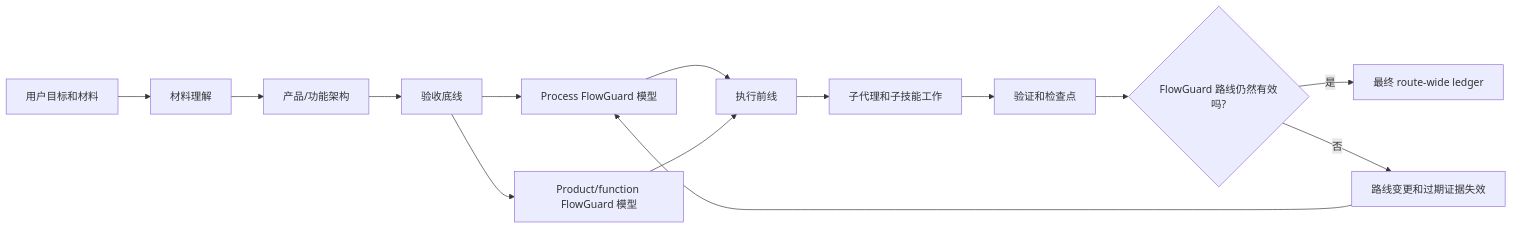
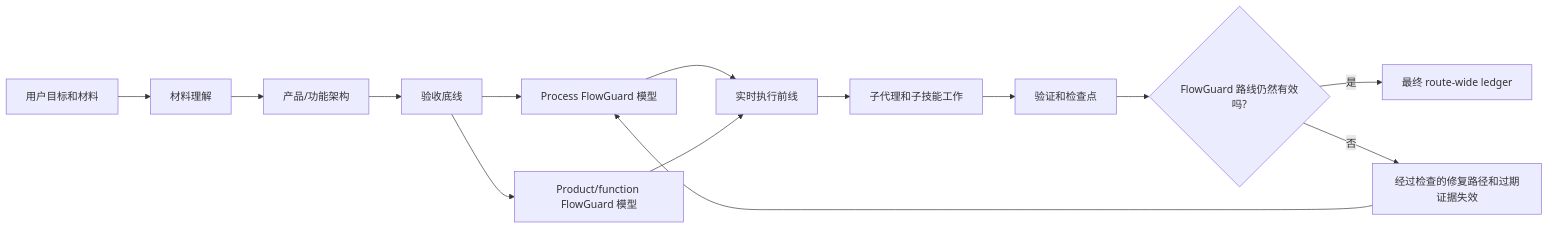
One commit to liuyingxuvka/FlowPilot changed the second of 2 diagrams in README.md. Above: the diagram before and after it, drawn with Mermaid. The commit also changed other lines of this file and 2 other files, not shown here.

Commit message:
Clarify FlowPilot README positioning

````diff
--- a/README.md
+++ b/README.md
@@ -392,16 +441,16 @@
 ```mermaid
 flowchart LR
   A["用户目标和材料"] --> B["材料理解"]
   B --> C["产品/功能架构"]
   C --> D["验收底线"]
   D --> E["Process FlowGuard 模型"]
   D --> F["Product/function FlowGuard 模型"]
-  E --> G["执行前线"]
+  E --> G["实时执行前线"]
   F --> G
   G --> H["子代理和子技能工作"]
   H --> I["验证和检查点"]
   I --> J{"FlowGuard 路线仍然有效吗?"}
   J -- "是" --> K["最终 route-wide ledger"]
-  J -- "否" --> L["路线变更和过期证据失效"]
+  J -- "否" --> L["经过检查的修复路径和过期证据失效"]
   L --> E
 ```
````
